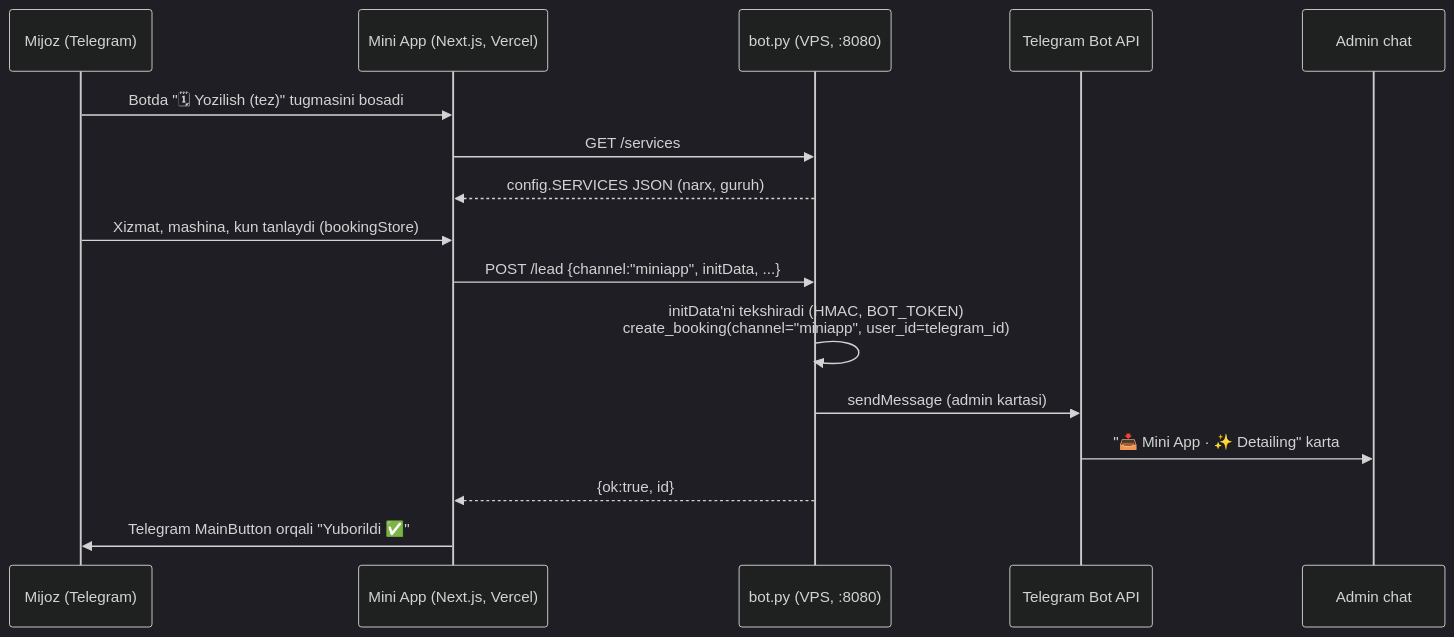
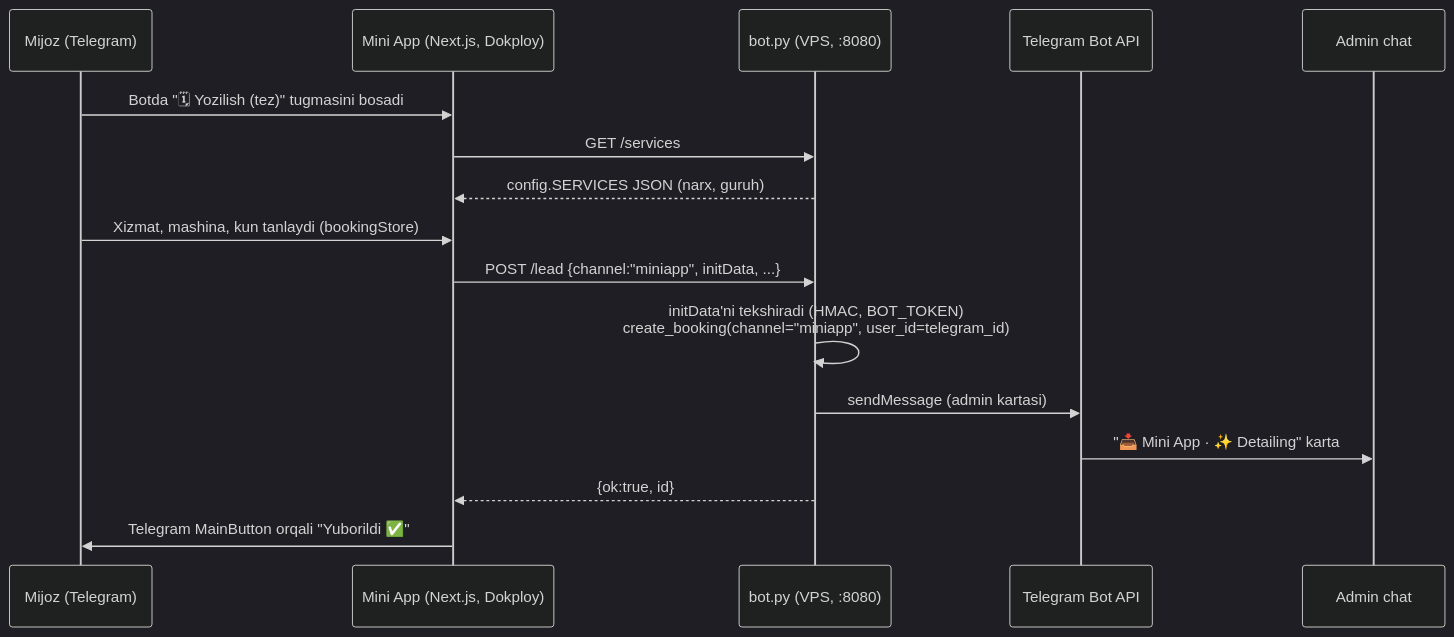
The diagram in ARCHITECTURE.md (zubayr211298/automaximus), drawn with Mermaid (dark theme) before and after one commit. The commit also changed other lines of this file and 1 other file, not shown here.

Commit message:
Docs: Dokploy-only deployment, remove Vercel references

````diff
--- a/ARCHITECTURE.md
+++ b/ARCHITECTURE.md
@@ -87,19 +87,19 @@
 ```mermaid
 sequenceDiagram
     participant U as Mijoz (Telegram)
-    participant M as Mini App (Next.js, Vercel)
+    participant M as Mini App (Next.js, Dokploy)
     participant B as bot.py (VPS, :8080)
     participant T as Telegram Bot API
     participant A as Admin chat
 
     U->>M: Botda "🗓 Yozilish (tez)" tugmasini bosadi
     M->>B: GET /services
     B-->>M: config.SERVICES JSON (narx, guruh)
     U->>M: Xizmat, mashina, kun tanlaydi (bookingStore)
     M->>B: POST /lead  {channel:"miniapp", initData, ...}
     B->>B: initData'ni tekshiradi (HMAC, BOT_TOKEN)<br/>create_booking(channel="miniapp", user_id=telegram_id)
     B->>T: sendMessage (admin kartasi)
     T->>A: "📥 Mini App · ✨ Detailing" karta
     B-->>M: {ok:true, id}
     M->>U: Telegram MainButton orqali "Yuborildi ✅"
 ```
````
